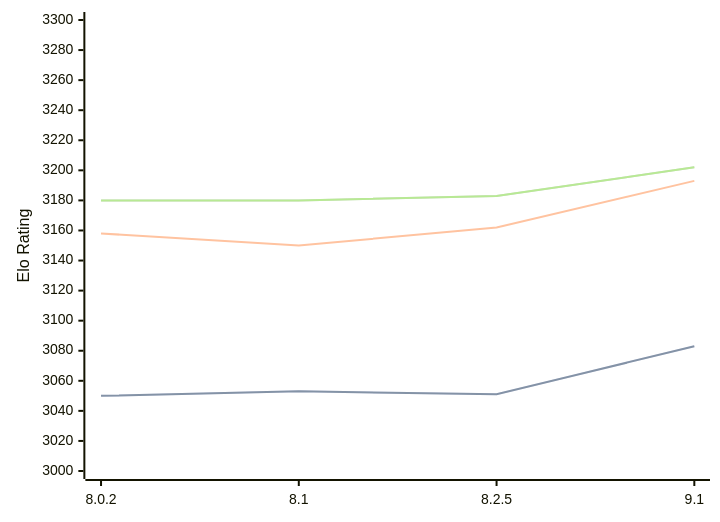
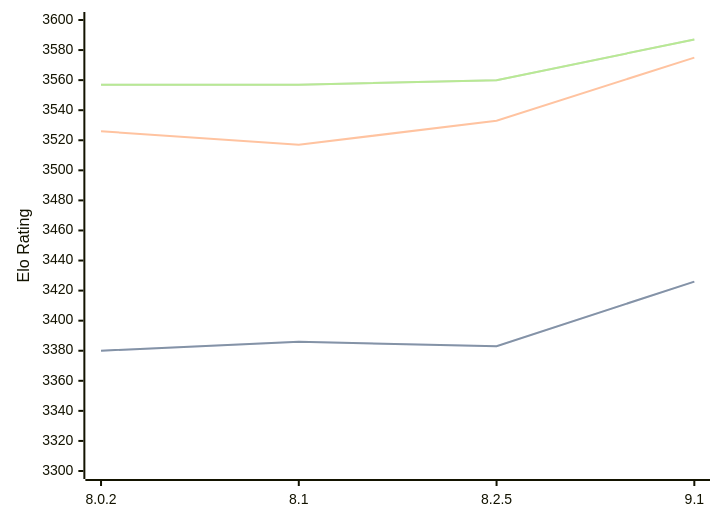
The diagram in engines/Clover.md (computer-chess-index/cci), drawn with Mermaid before and after one commit. The commit also changed other lines of this file, not shown here.

Commit message:
Update CCI Ratings (ELO VLTC) - 2026-02-24

````diff
--- a/engines/Clover.md
+++ b/engines/Clover.md
@@ -61,11 +62,11 @@
 ```mermaid
 %%{init: {"theme":"base","themeVariables":{"seriesColors:['#a3a3a3','#222221','#faa371']}}}%%
 xychart-beta
   x-axis ["8.0.2", "8.1", "8.2.5", "9.1"]
-  y-axis "Elo Rating" 3000 --> 3300
-  line "STC (8.0+0.08s)" [3050, 3053, 3051, 3083]
-  line "STC (8.0+0.08s)" [3050, 3053, 3051, 3083]
-  line "LTC (60.0+0.60s)" [3158, 3150, 3162, 3193]
-  line "VLTC (2m24s+1.12s)" [3180, 3180, 3183, 3202]
-  line "VLTC (2m24s+1.12s)" [3180, 3180, 3183, 3202]
+  y-axis "Elo Rating" 3300 --> 3600
+  line "STC (8.0+0.08s)" [3380, 3386, 3383, 3426]
+  line "STC (8.0+0.08s)" [3380, 3386, 3383, 3426]
+  line "LTC (60.0+0.60s)" [3526, 3517, 3533, 3575]
+  line "VLTC (2m24s+1.12s)" [3557, 3557, 3560, 3587]
+  line "VLTC (2m24s+1.12s)" [3557, 3557, 3560, 3587]
 ```
````
